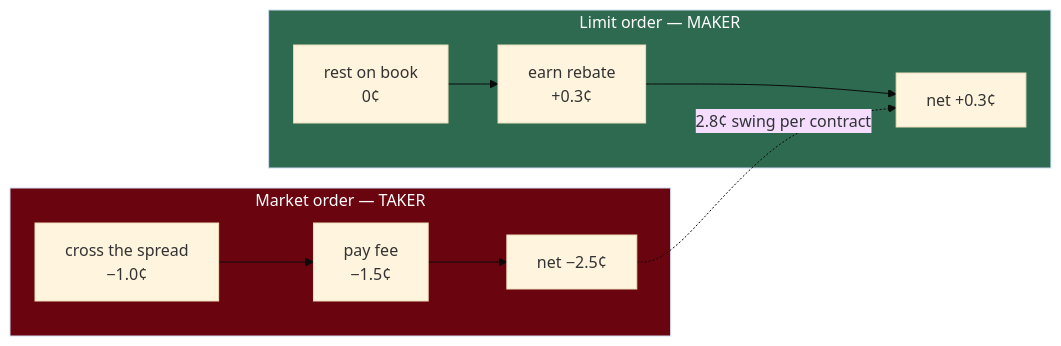
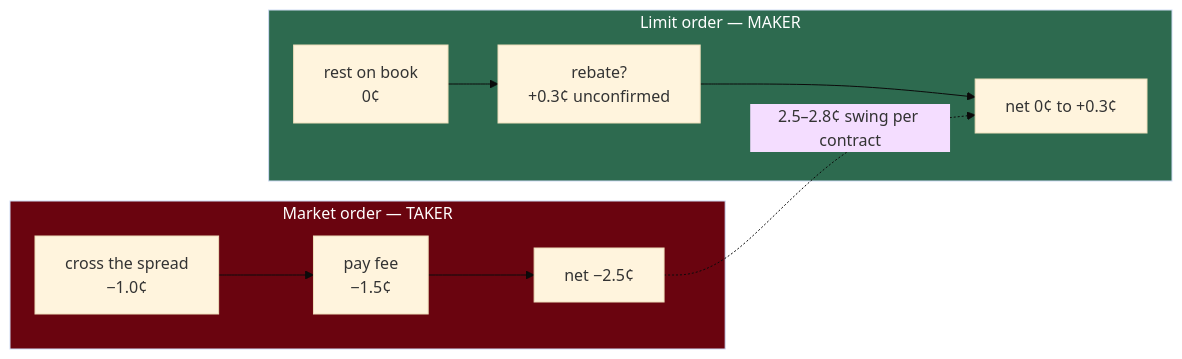
One commit to yyardi/Meridian changed the diagram in docs/math/fees-and-spread.md. Above: the diagram before and after it, drawn with Mermaid (base theme). The commit also changed other lines of this file and 60 other files, not shown here.

````diff
--- a/docs/math/fees-and-spread.md
+++ b/docs/math/fees-and-spread.md
@@ -7,13 +7,13 @@
 ```mermaid
 flowchart LR
     subgraph TAKE["Market order — TAKER"]
         T1["cross the spread<br/>−1.0¢"] --> T2["pay fee<br/>−1.5¢"] --> T3["net −2.5¢"]
     end
     subgraph MAKE["Limit order — MAKER"]
-        M1["rest on book<br/>0¢"] --> M2["earn rebate<br/>+0.3¢"] --> M3["net +0.3¢"]
+        M1["rest on book<br/>0¢"] --> M2["rebate?<br/>+0.3¢ unconfirmed"] --> M3["net 0¢ to +0.3¢"]
     end
-    T3 -.->|"2.8¢ swing per contract"| M3
+    T3 -.->|"2.5–2.8¢ swing per contract"| M3
 
     style TAKE fill:#6a040f,color:#fff
     style MAKE fill:#2d6a4f,color:#fff
 ```
````
